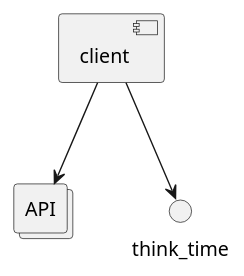
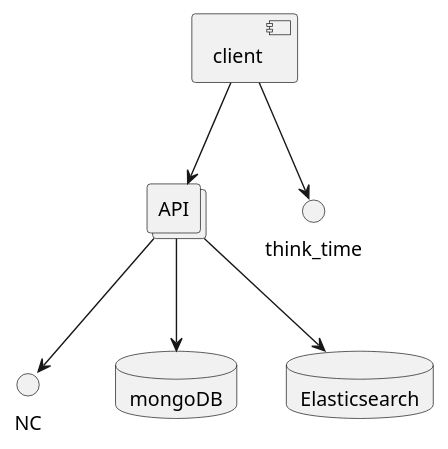
One commit to fbcharles747/SENG533-final-project-repo changed the diagram in system.puml. Above: the diagram before and after it, drawn with PlantUML. The commit also changed 2 other files, not shown here.

```diff
--- a/system.puml
+++ b/system.puml
@@ -1,26 +1,30 @@
 @startuml layer_queuing_simulation
 
 component client
 
 collections API
 
 circle think_time
 
-' database mongoDB
+circle NC
 
-' database Elasticsearch
+database mongoDB
+
+database Elasticsearch
 
 
 client --> API
 
 client --> think_time
 
-' API --> mongoDB
+API --> mongoDB
 
-' API --> Elasticsearch
+API --> Elasticsearch
+
+API --> NC
 
 
 
 
 
 @enduml
```
